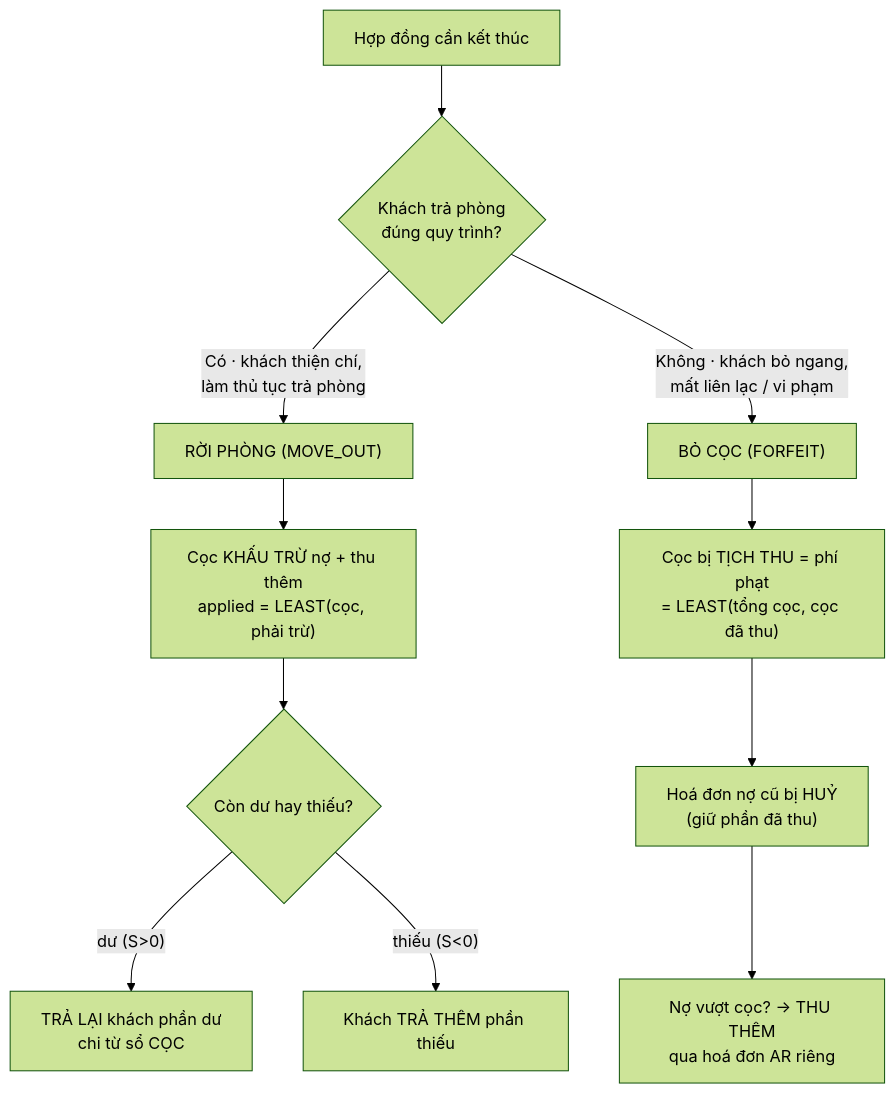
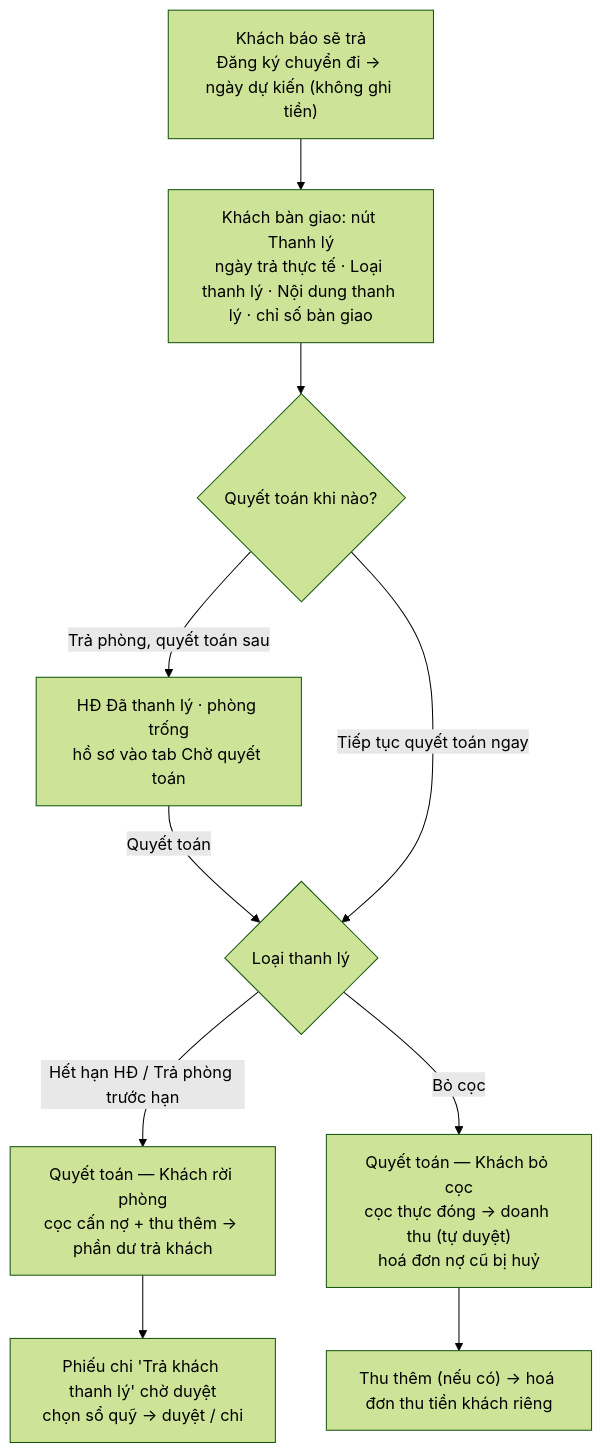
Before and after one commit to zxGreenxz/whiteboard-ihomecrm: the diagram in docs/huong-dan-su-dung/01-bat-dau/quy-trinh-thanh-ly/index.md, drawn with Mermaid (forest theme). The commit also changed other lines of this file and 347 other files, not shown here.

````diff
--- a/docs/huong-dan-su-dung/01-bat-dau/quy-trinh-thanh-ly/index.md
+++ b/docs/huong-dan-su-dung/01-bat-dau/quy-trinh-thanh-ly/index.md
@@ -32,15 +28,12 @@
 ```mermaid
 flowchart TD
-  A["Hợp đồng cần kết thúc"] --> B{"Khách trả phòng<br/>đúng quy trình?"}
-  B -->|"Có · khách thiện chí,<br/>làm thủ tục trả phòng"| M["RỜI PHÒNG (MOVE_OUT)"]
-  B -->|"Không · khách bỏ ngang,<br/>mất liên lạc / vi phạm"| F["BỎ CỌC (FORFEIT)"]
-
-  M --> M1["Cọc KHẤU TRỪ nợ + thu thêm<br/>applied = LEAST(cọc, phải trừ)"]
-  M1 --> M2{"Còn dư hay thiếu?"}
-  M2 -->|"dư (S&gt;0)"| M3["TRẢ LẠI khách phần dư<br/>chi từ sổ CỌC"]
-  M2 -->|"thiếu (S&lt;0)"| M4["Khách TRẢ THÊM phần thiếu"]
-
-  F --> F1["Cọc bị TỊCH THU = phí phạt<br/>= LEAST(tổng cọc, cọc đã thu)"]
-  F1 --> F2["Hoá đơn nợ cũ bị HUỶ<br/>(giữ phần đã thu)"]
-  F2 --> F3["Nợ vượt cọc? → THU THÊM<br/>qua hoá đơn AR riêng"]
+  A["Khách báo sẽ trả<br/>Đăng ký chuyển đi → ngày dự kiến (không ghi tiền)"] --> B["Khách bàn giao: nút Thanh lý<br/>ngày trả thực tế · Loại thanh lý · Nội dung thanh lý · chỉ số bàn giao"]
+  B --> Q{"Quyết toán khi nào?"}
+  Q -->|"Trả phòng, quyết toán sau"| W["HĐ Đã thanh lý · phòng trống<br/>hồ sơ vào tab Chờ quyết toán"]
+  W -->|"Quyết toán"| K{"Loại thanh lý"}
+  Q -->|"Tiếp tục quyết toán ngay"| K
+  K -->|"Hết hạn HĐ / Trả phòng trước hạn"| M["Quyết toán — Khách rời phòng<br/>cọc cấn nợ + thu thêm → phần dư trả khách"]
+  K -->|"Bỏ cọc"| F["Quyết toán — Khách bỏ cọc<br/>cọc thực đóng → doanh thu (tự duyệt)<br/>hoá đơn nợ cũ bị huỷ"]
+  M --> P["Phiếu chi 'Trả khách thanh lý' chờ duyệt<br/>chọn sổ quỹ → duyệt / chi"]
+  F --> X["Thu thêm (nếu có) → hoá đơn thu tiền khách riêng"]
 ```
````
